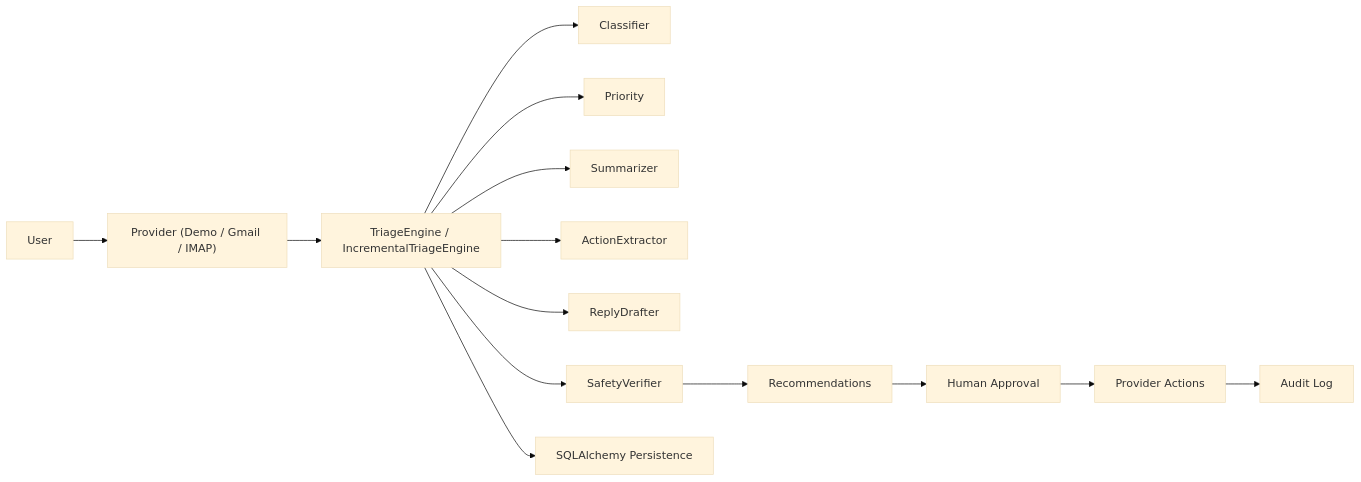
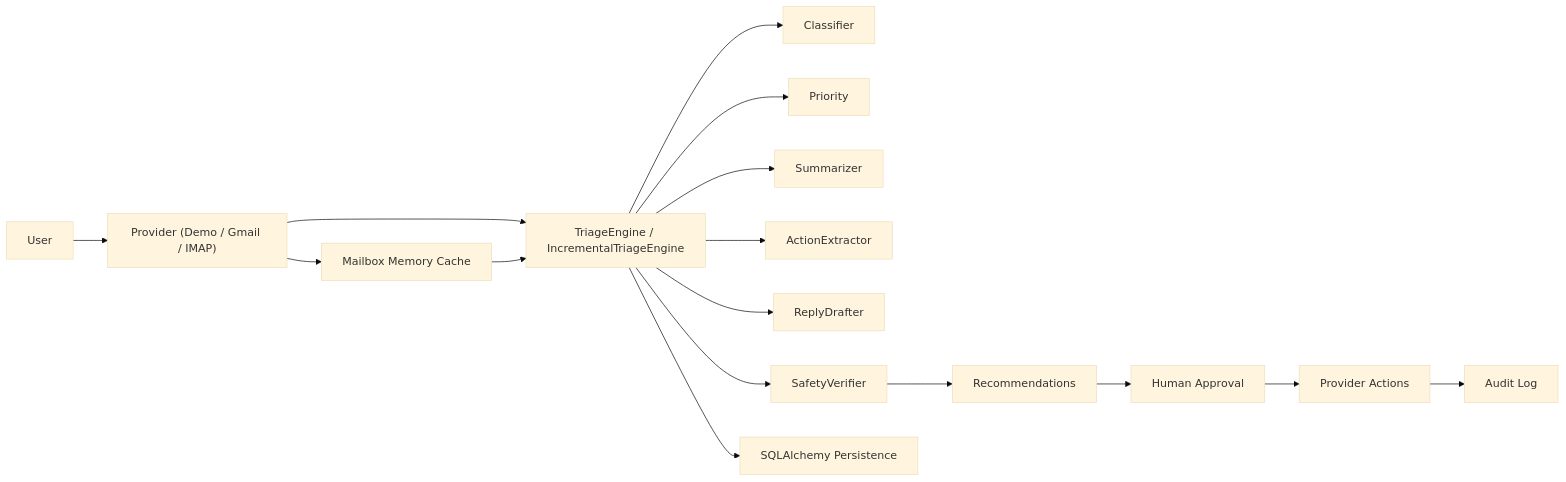
The diagram in README.md (lucaomul/InboxAnchor), drawn with Mermaid (base theme) before and after one commit. The commit also changed other lines of this file and 17 other files, not shown here.

Commit message:
Scale mailbox memory and bulk provider actions

````diff
--- a/README.md
+++ b/README.md
@@ -22,16 +22,18 @@
 ```mermaid
 flowchart LR
     User["User"] --> Provider["Provider (Demo / Gmail / IMAP)"]
     Provider --> Engine["TriageEngine / IncrementalTriageEngine"]
     Engine --> Classifier["Classifier"]
     Engine --> Priority["Priority"]
     Engine --> Summarizer["Summarizer"]
     Engine --> Extractor["ActionExtractor"]
     Engine --> Drafter["ReplyDrafter"]
     Engine --> Safety["SafetyVerifier"]
     Safety --> Recommendations["Recommendations"]
     Recommendations --> Approval["Human Approval"]
     Approval --> Actions["Provider Actions"]
     Actions --> Audit["Audit Log"]
+    Provider --> Cache["Mailbox Memory Cache"]
+    Cache --> Engine
     Engine --> Persistence["SQLAlchemy Persistence"]
 ```
````
